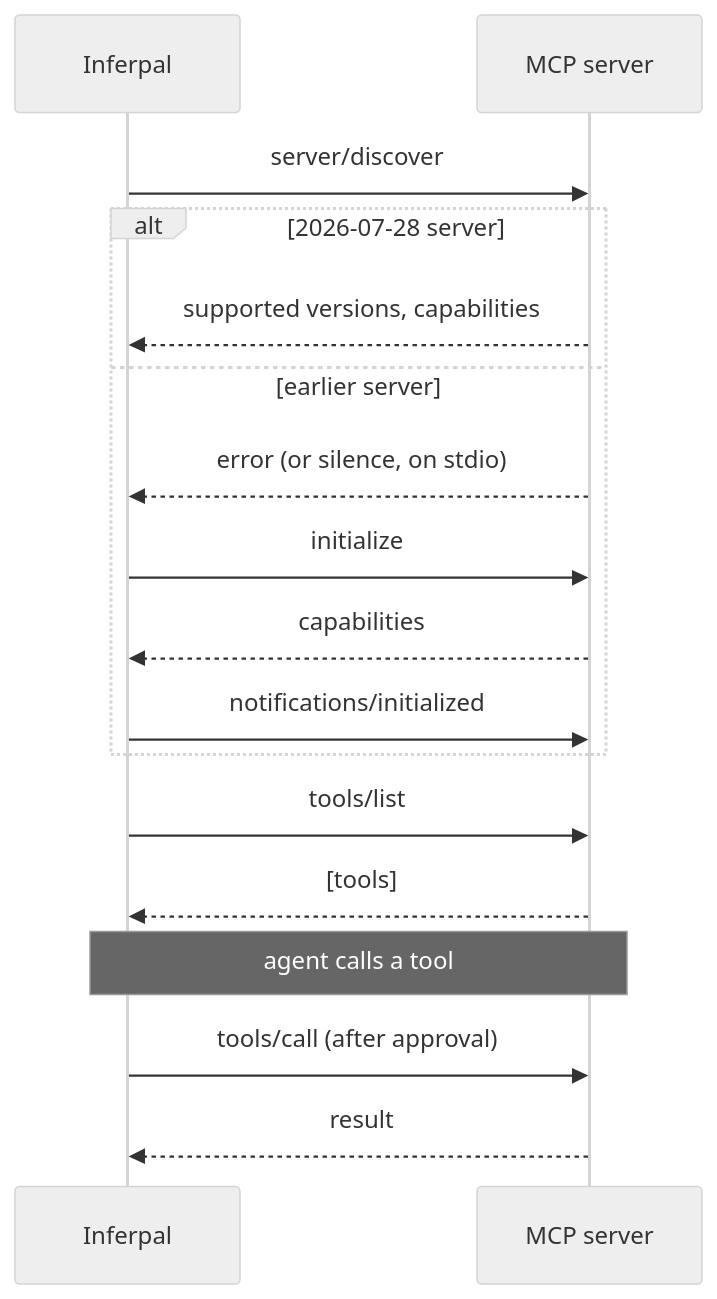
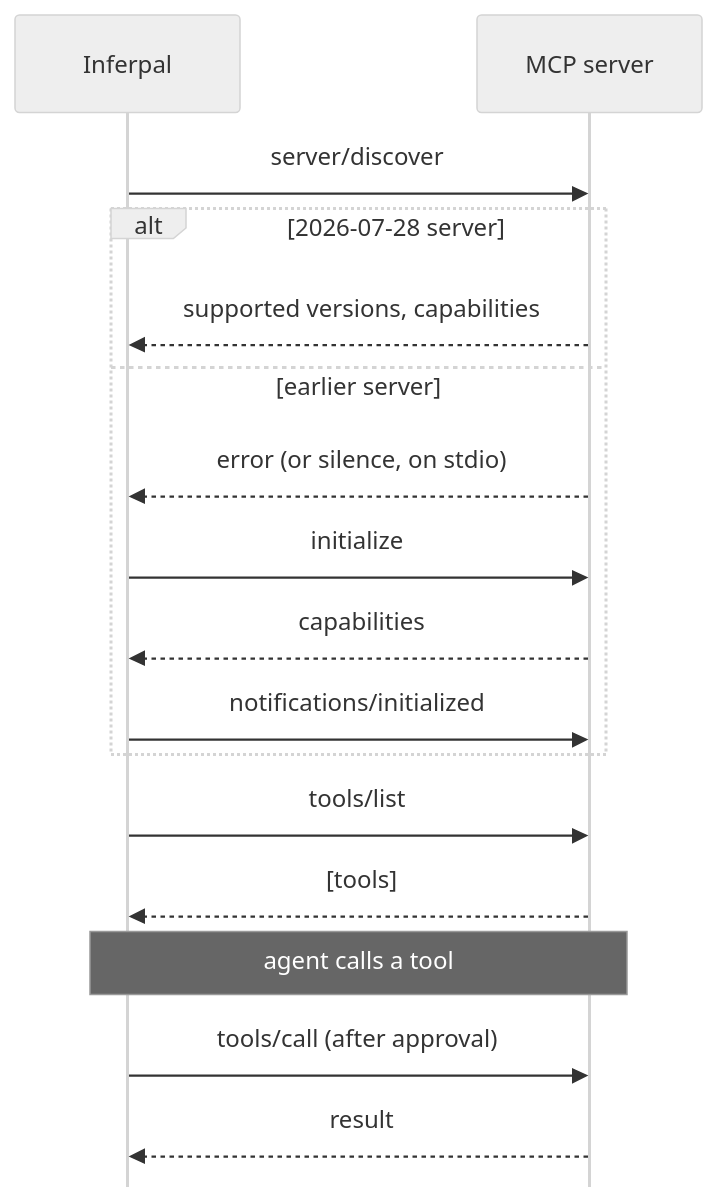
One commit to EstaxNet/Inferpal changed the second of 2 diagrams in docs/mcp.md. Above: the diagram before and after it, drawn with Mermaid (neutral theme). The commit also changed other lines of this file and 36 other files, not shown here.

````diff
--- a/docs/mcp.md
+++ b/docs/mcp.md
@@ -58,19 +375,20 @@
 ```mermaid
+%%{init: {"sequence": {"mirrorActors": false}}}%%
 sequenceDiagram
     participant I as Inferpal
     participant S as MCP server
     I->>S: server/discover
     alt 2026-07-28 server
         S-->>I: supported versions, capabilities
     else earlier server
         S-->>I: error (or silence, on stdio)
         I->>S: initialize
         S-->>I: capabilities
         I->>S: notifications/initialized
     end
     I->>S: tools/list
     S-->>I: [tools]
     Note over I,S: agent calls a tool
     I->>S: tools/call (after approval)
     S-->>I: result
 ```
````
